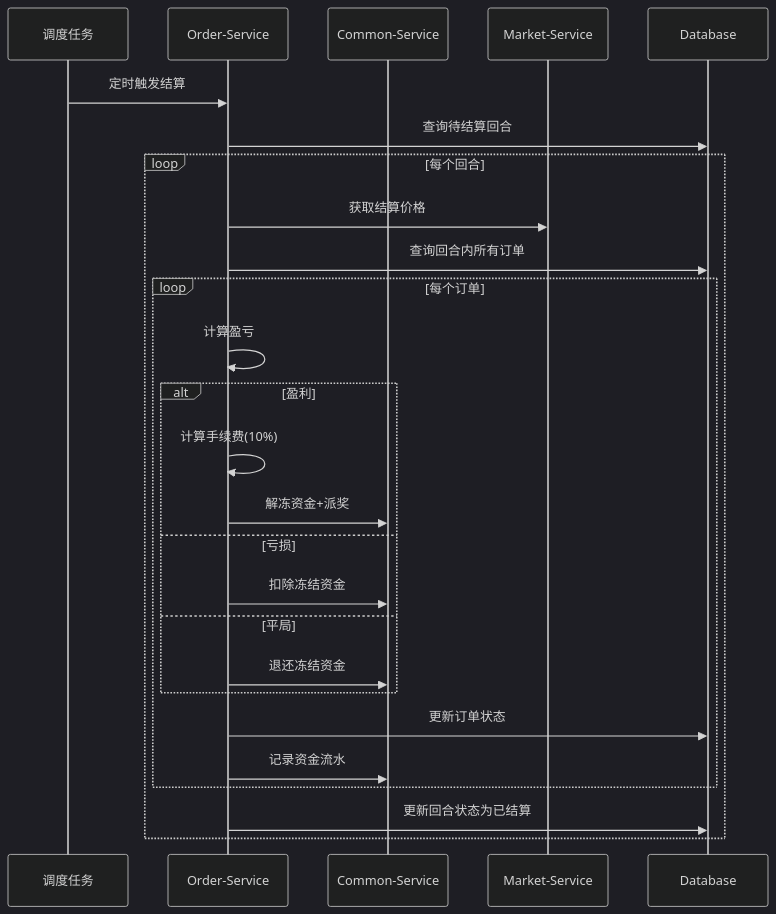
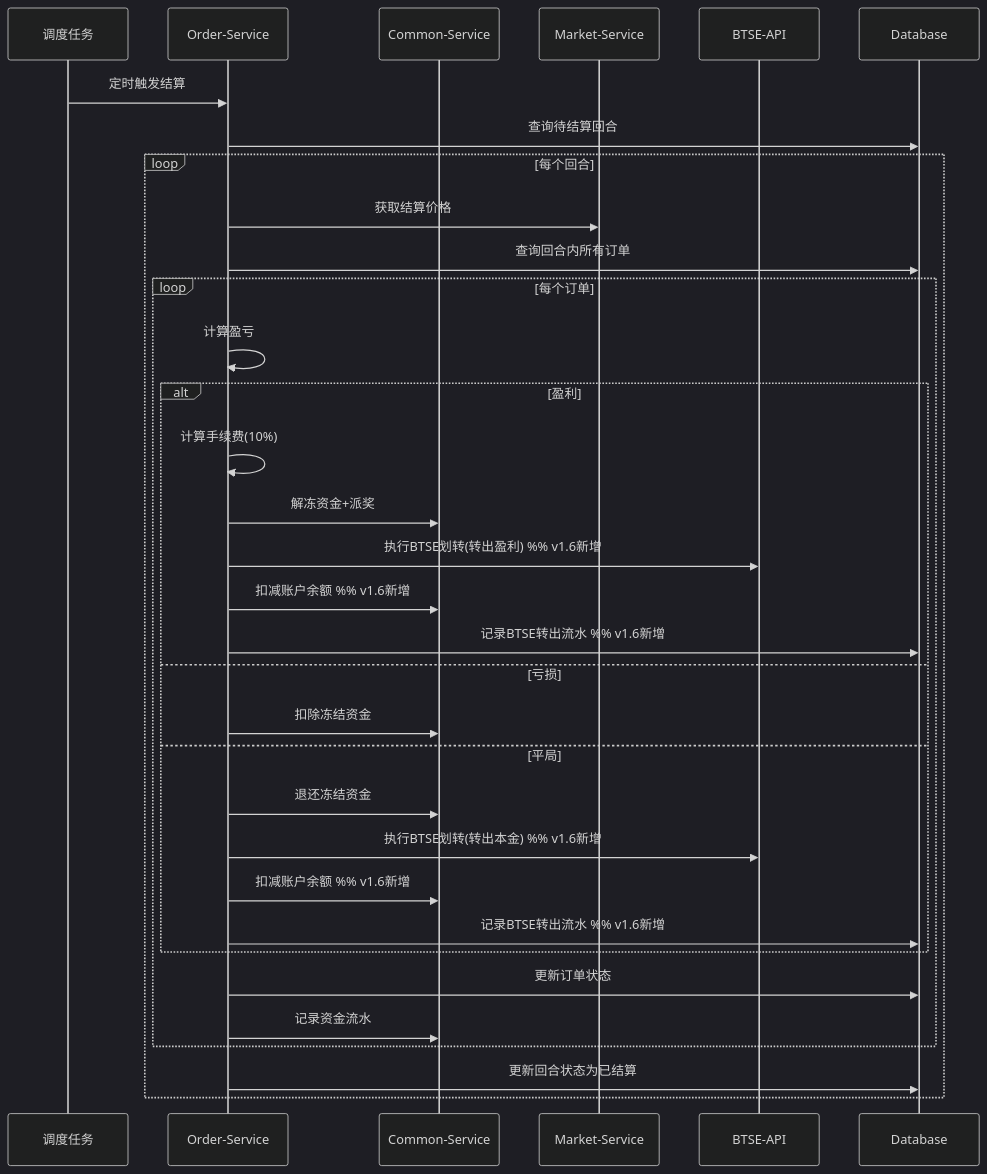
One commit to barry428/BinaryOptionDocs changed the fourth of 7 diagrams in 2. 设计类/207_详细设计文档.md. Above: the diagram before and after it, drawn with Mermaid (dark theme). The commit also changed other lines of this file and 8 other files, not shown here.

````diff
--- a/2. 设计类/207_详细设计文档.md
+++ b/2. 设计类/207_详细设计文档.md
@@ -965,29 +1045,36 @@
 ```mermaid
 sequenceDiagram
     participant S as 调度任务
     participant O as Order-Service
     participant C as Common-Service
     participant M as Market-Service
+    participant B as BTSE-API
     participant DB as Database
 
     S->>O: 定时触发结算
     O->>DB: 查询待结算回合
     loop 每个回合
         O->>M: 获取结算价格
         O->>DB: 查询回合内所有订单
         loop 每个订单
             O->>O: 计算盈亏
             alt 盈利
                 O->>O: 计算手续费(10%)
                 O->>C: 解冻资金+派奖
+                O->>B: 执行BTSE划转(转出盈利)  %% v1.6新增
+                O->>C: 扣减账户余额  %% v1.6新增
+                O->>DB: 记录BTSE转出流水  %% v1.6新增
             else 亏损
                 O->>C: 扣除冻结资金
             else 平局
                 O->>C: 退还冻结资金
+                O->>B: 执行BTSE划转(转出本金)  %% v1.6新增
+                O->>C: 扣减账户余额  %% v1.6新增
+                O->>DB: 记录BTSE转出流水  %% v1.6新增
             end
             O->>DB: 更新订单状态
             O->>C: 记录资金流水
         end
         O->>DB: 更新回合状态为已结算
     end
 ```
````
